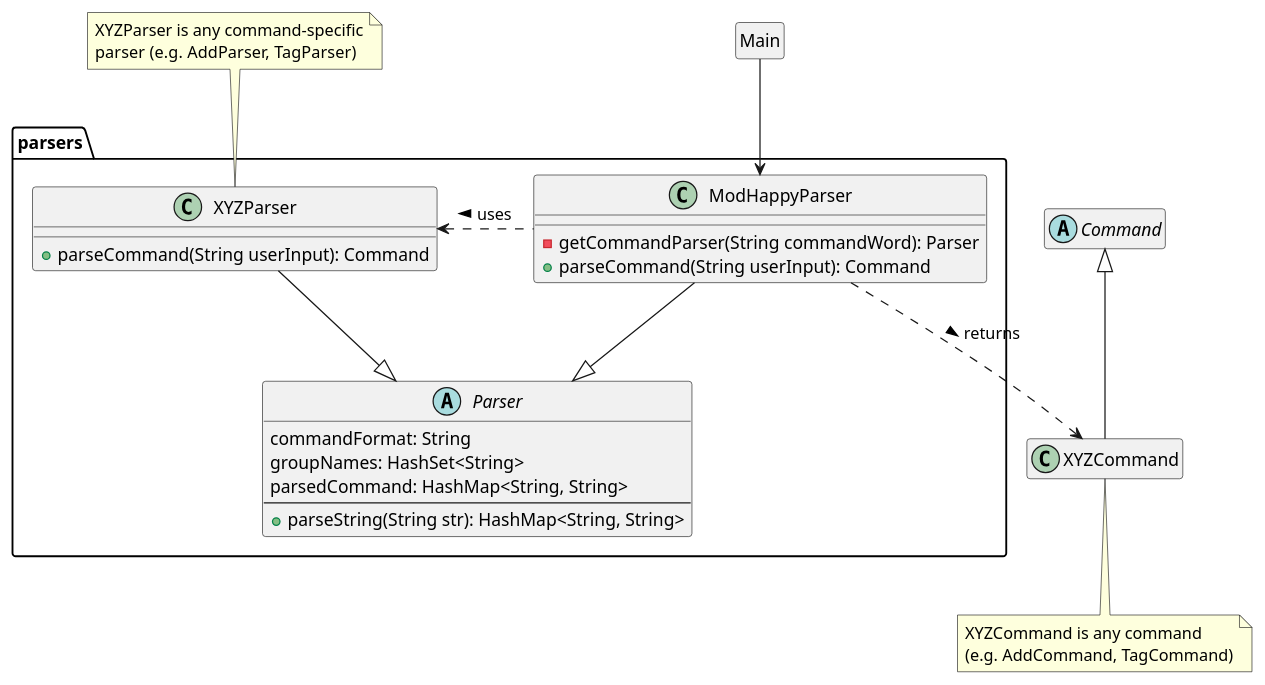
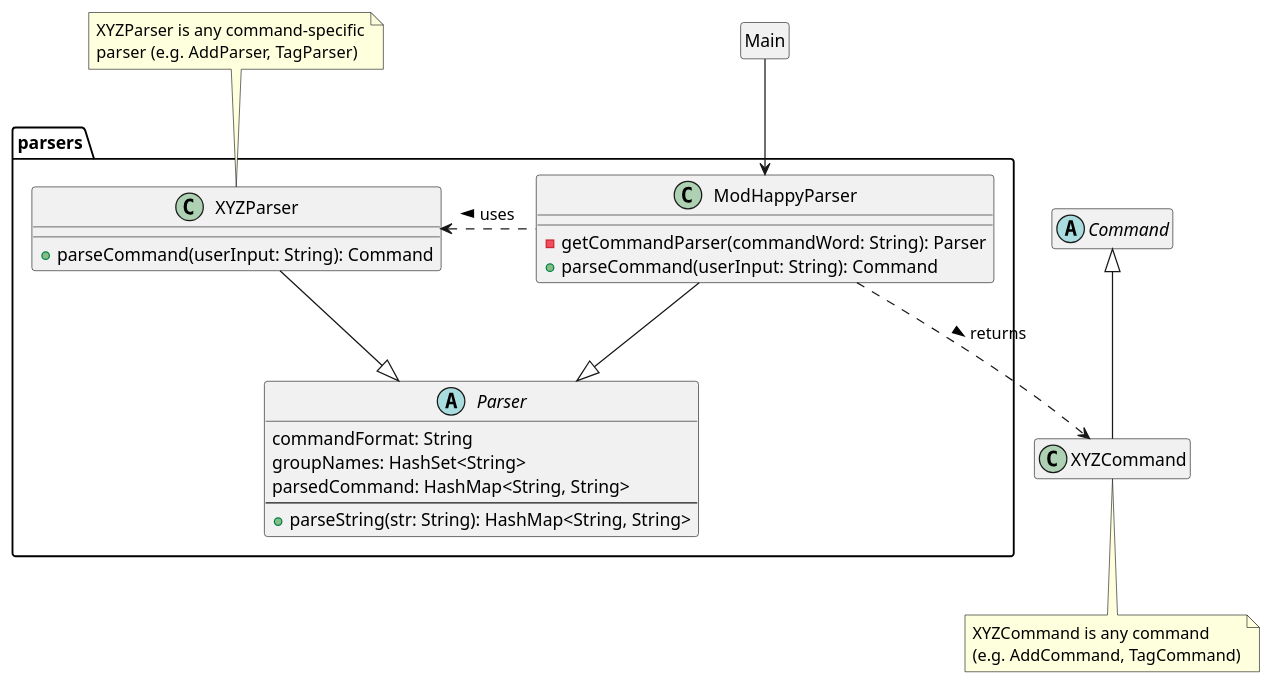
One commit to nus-cs2113-AY2122S2/tp changed the diagram in docs/Parser.puml. Above: the diagram before and after it, drawn with PlantUML. The commit also changed 3 other files, not shown here.

Commit message:
Fix UML diagrams

```diff
--- a/docs/Parser.puml
+++ b/docs/Parser.puml
@@ -1,53 +1,53 @@
 @startuml
 
 package parsers {
     abstract class Parser {
         commandFormat: String
         groupNames: HashSet<String>
         parsedCommand: HashMap<String, String>
         --
-        + parseString(String str): HashMap<String, String>
+        + parseString(str: String): HashMap<String, String>
     }
 
     class XYZParser {
-        + parseCommand(String userInput): Command
+        + parseCommand(userInput: String): Command
     }
 
     class ModHappyParser {
-        - getCommandParser(String commandWord): Parser
-        + parseCommand(String userInput): Command
+        - getCommandParser(commandWord: String): Parser
+        + parseCommand(userInput: String): Command
     }
 }
 
 note top of XYZParser
     XYZParser is any command-specific
     parser (e.g. AddParser, TagParser)
 end note
 
 Parser <|-u- ModHappyParser
 XYZParser <. ModHappyParser: uses <
 ModHappyParser <-u- Main
 
 hide Main circle
 hide Main methods
 hide Main attributes
 
 Parser <|-- XYZParser
 
 abstract class Command {
 }
 hide Command methods
 hide Command attributes
 
 XYZCommand <.u. ModHappyParser: returns <
 Command <|-- XYZCommand
 
 hide XYZCommand methods
 hide XYZCommand attributes
 
 note bottom of XYZCommand
     XYZCommand is any command
     (e.g. AddCommand, TagCommand)
 end note
 
 @enduml
```
